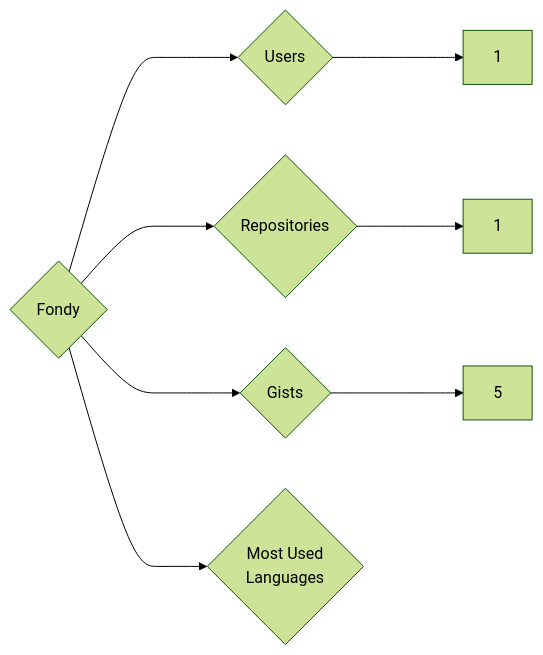
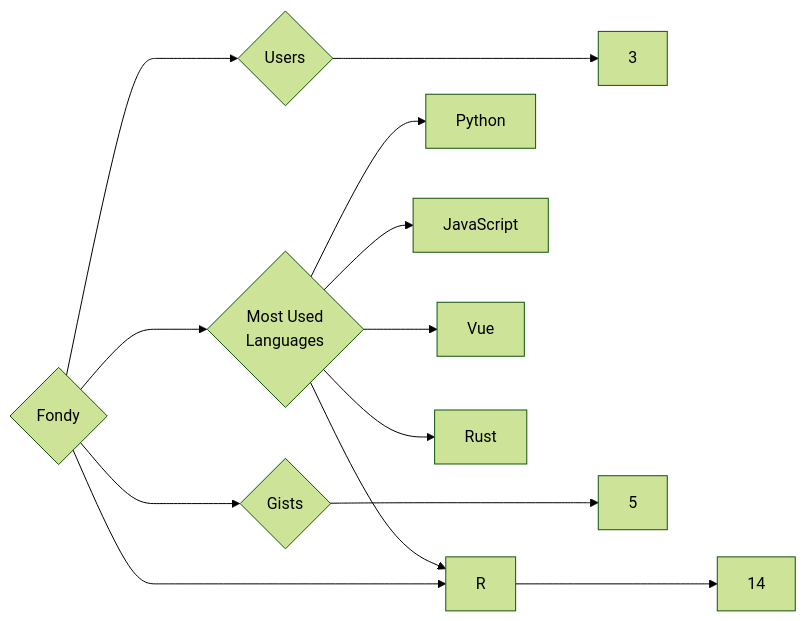
One commit to trickest/insiders changed the diagram in targets/Fondy/README.md. Above: the diagram before and after it, drawn with Mermaid (forest theme). The commit also changed 782 other files, not shown here.

````diff
--- a/targets/Fondy/README.md
+++ b/targets/Fondy/README.md
@@ -3,8 +3,13 @@
 ```mermaid
 graph LR
 COMPANY_NAME{Fondy}
-COMPANY_NAME ---> U{Users} ---> UN[1]
-COMPANY_NAME ---> R{Repositories} ---> RN[1]
+COMPANY_NAME ---> U{Users} ---> UN[3]
+COMPANY_NAME ---> R{Repositories} ---> RN[14]
 COMPANY_NAME ---> G{Gists} ---> GN[5]
 COMPANY_NAME ---> ML{Most Used<br>Languages}
+ML --> Python[Python]
+ML --> JavaScript[JavaScript]
+ML --> Vue[Vue]
+ML --> Rust[Rust]
+ML --> R[R]
 ```
````
